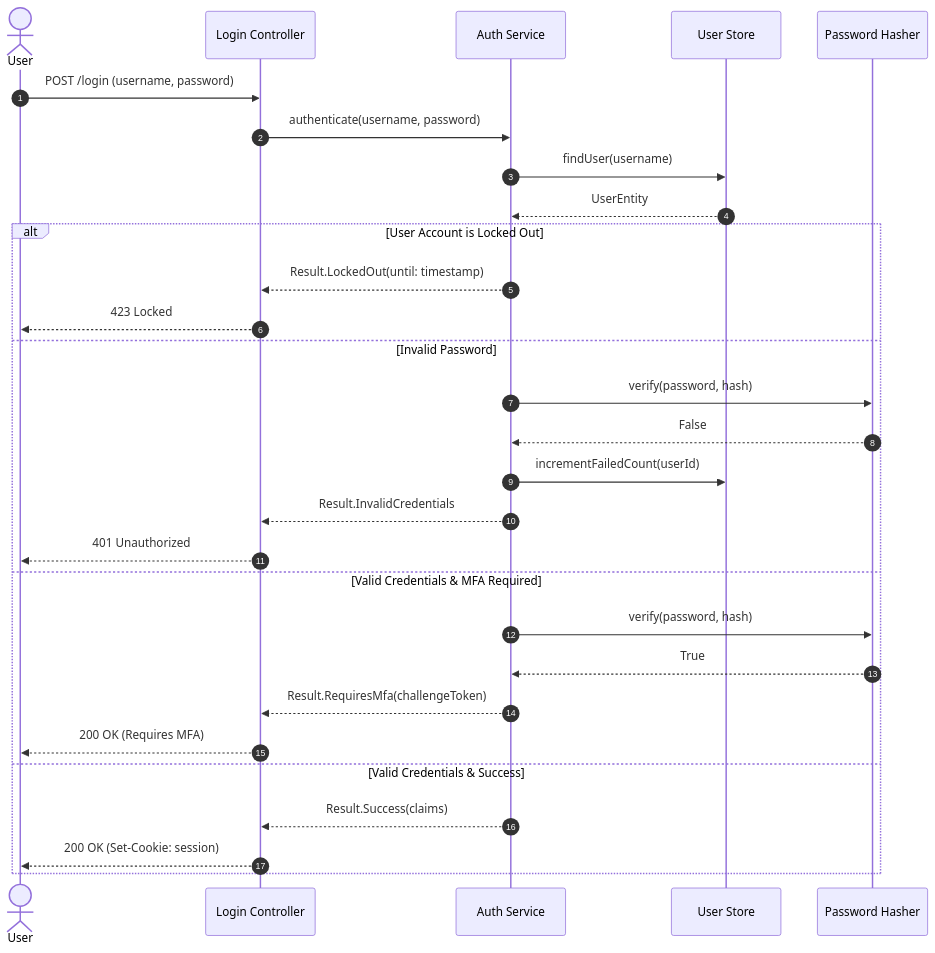
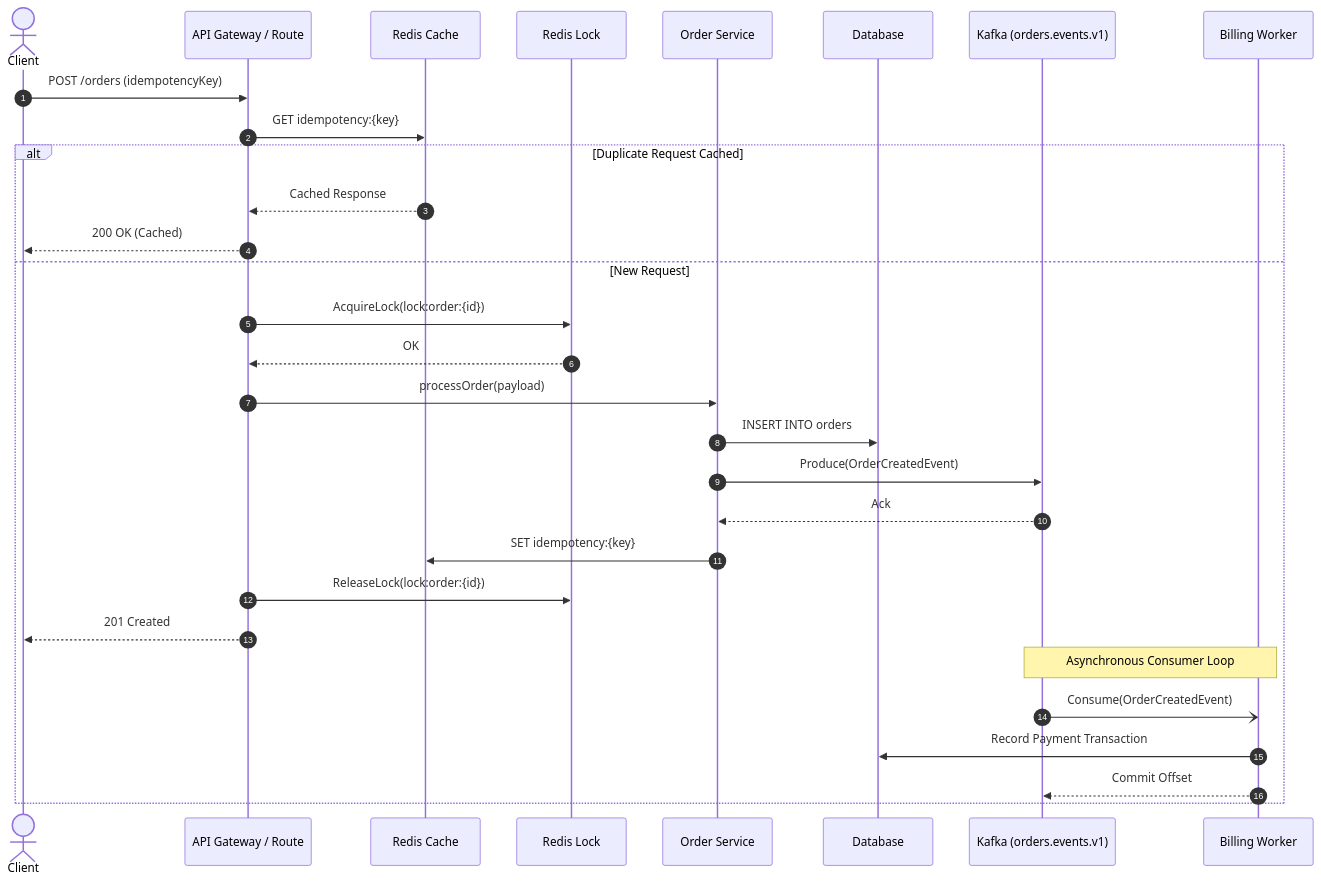
Before and after one commit to Nandakumar333/Reponix: the second of 2 diagrams in skills/arch-review/SKILL.md, drawn with Mermaid. The commit also changed other lines of this file and 7 other files, not shown here.

````diff
--- a/skills/arch-review/SKILL.md
+++ b/skills/arch-review/SKILL.md
@@ -77,33 +105,34 @@
   ```mermaid
   sequenceDiagram
       autonumber
-      actor User
-      participant Route as Login Controller
-      participant Svc as Auth Service
-      participant Store as User Store
-      participant Crypto as Password Hasher
+      actor Client
+      participant Route as API Gateway / Route
+      participant Cache as Redis Cache
+      participant Lock as Redis Lock
+      participant Svc as Order Service
+      participant DB as Database
+      participant Kafka as Kafka (orders.events.v1)
+      participant Worker as Billing Worker
 
-      User->>Route: POST /login (username, password)
-      Route->>Svc: authenticate(username, password)
-      Svc->>Store: findUser(username)
-      Store-->>Svc: UserEntity
+      Client->>Route: POST /orders (idempotencyKey)
+      Route->>Cache: GET idempotency:{key}
+      alt Duplicate Request Cached
+          Cache-->>Route: Cached Response
+          Route-->>Client: 200 OK (Cached)
+      else New Request
+          Route->>Lock: AcquireLock(lock:order:{id})
+          Lock-->>Route: OK
+          Route->>Svc: processOrder(payload)
+          Svc->>DB: INSERT INTO orders
+          Svc->>Kafka: Produce(OrderCreatedEvent)
+          Kafka-->>Svc: Ack
+          Svc->>Cache: SET idempotency:{key}
+          Route->>Lock: ReleaseLock(lock:order:{id})
+          Route-->>Client: 201 Created
 
-      alt User Account is Locked Out
-          Svc-->>Route: Result.LockedOut(until: timestamp)
-          Route-->>User: 423 Locked
-      else Invalid Password
-          Svc->>Crypto: verify(password, hash)
-          Crypto-->>Svc: False
-          Svc->>Store: incrementFailedCount(userId)
-          Svc-->>Route: Result.InvalidCredentials
-          Route-->>User: 401 Unauthorized
-      else Valid Credentials & MFA Required
-          Svc->>Crypto: verify(password, hash)
-          Crypto-->>Svc: True
-          Svc-->>Route: Result.RequiresMfa(challengeToken)
-          Route-->>User: 200 OK (Requires MFA)
-      else Valid Credentials & Success
-          Svc-->>Route: Result.Success(claims)
-          Route-->>User: 200 OK (Set-Cookie: session)
+          Note over Kafka,Worker: Asynchronous Consumer Loop
+          Kafka-)Worker: Consume(OrderCreatedEvent)
+          Worker->>DB: Record Payment Transaction
+          Worker-->>Kafka: Commit Offset
       end
   ```
````
